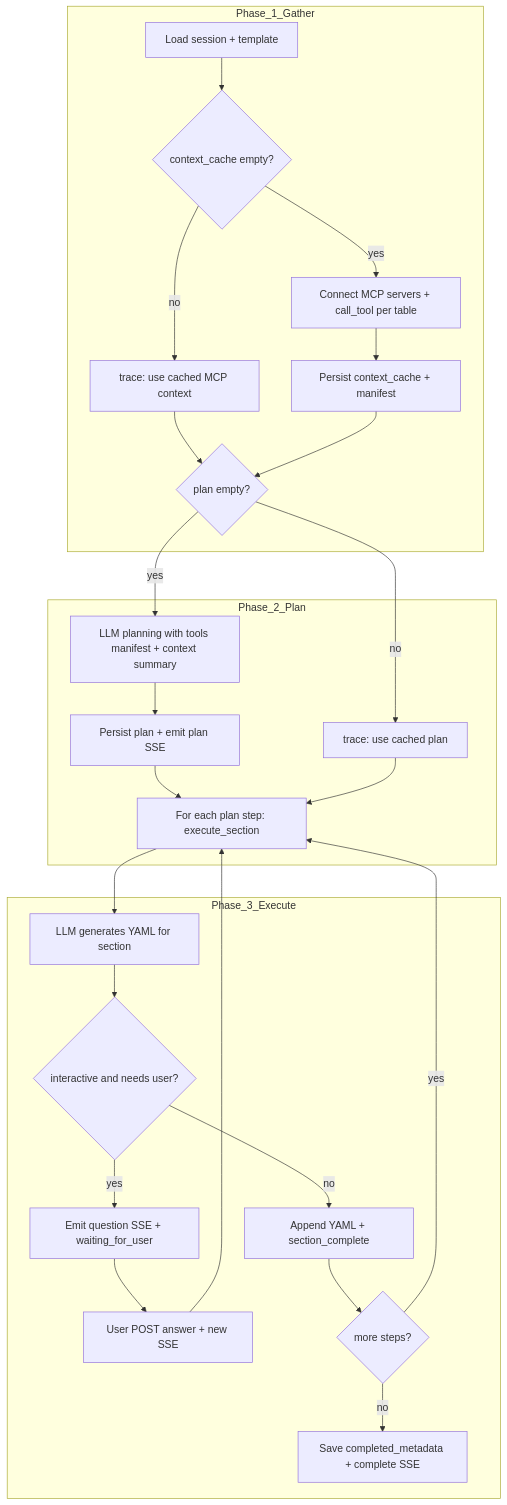
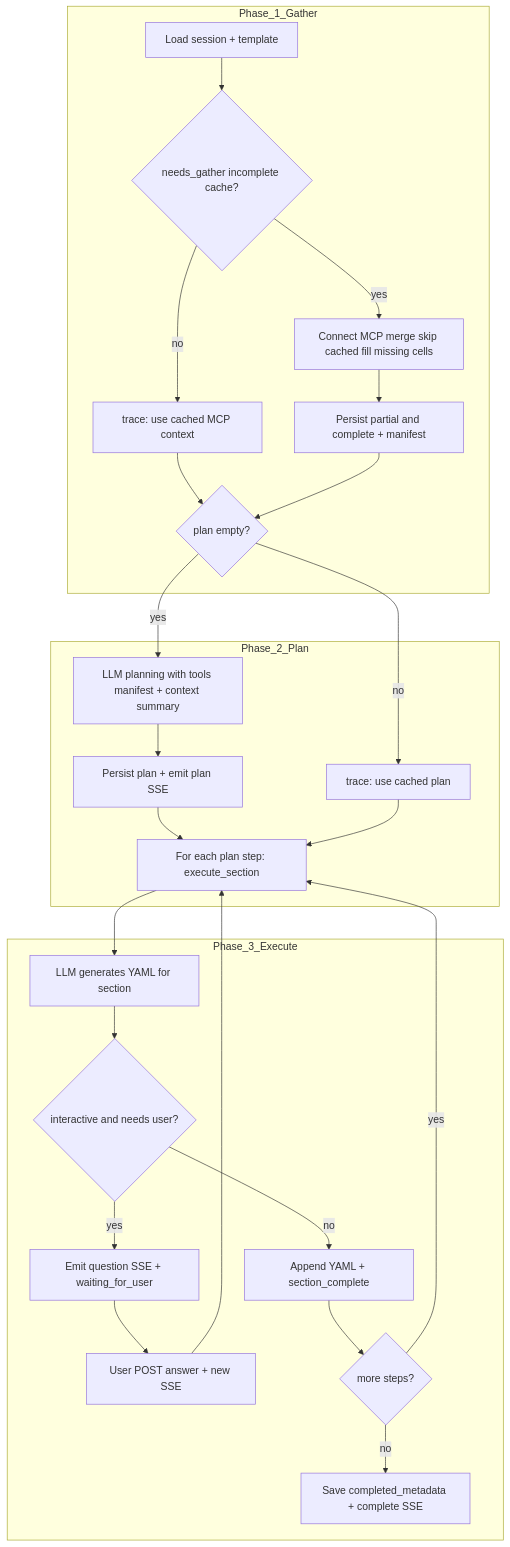
Before and after one commit to RohitDashora/genify-v2: the sixth of 7 diagrams in docs/architecture.md, drawn with Mermaid. The commit also changed other lines of this file and 9 other files, not shown here.

````diff
--- a/docs/architecture.md
+++ b/docs/architecture.md
@@ -189,38 +189,38 @@
 ```mermaid
 flowchart TB
   subgraph phase1 [Phase_1_Gather]
     G0[Load session + template]
-    G1{context_cache empty?}
-    G2[Connect MCP servers + call_tool per table]
-    G3[Persist context_cache + manifest]
+    G1{needs_gather incomplete cache?}
+    G2[Connect MCP merge skip cached fill missing cells]
+    G3[Persist partial and complete + manifest]
     G0 --> G1
     G1 -->|yes| G2
     G1 -->|no| G4[trace: use cached MCP context]
     G2 --> G3
     G4 --> P0
     G3 --> P0
   end
   subgraph phase2 [Phase_2_Plan]
     P0{plan empty?}
     P1[LLM planning with tools manifest + context summary]
     P2[Persist plan + emit plan SSE]
     P0 -->|yes| P1
     P0 -->|no| P3[trace: use cached plan]
     P1 --> P2
     P2 --> E0
     P3 --> E0
   end
   subgraph phase3 [Phase_3_Execute]
     E0[For each plan step: execute_section]
     E1[LLM generates YAML for section]
     E0 --> E1
     E1 --> E2{interactive and needs user?}
     E2 -->|yes| E3[Emit question SSE + waiting_for_user]
     E2 -->|no| E4[Append YAML + section_complete]
     E3 --> E5[User POST answer + new SSE]
     E5 --> E0
     E4 --> E6{more steps?}
     E6 -->|yes| E0
     E6 -->|no| E7[Save completed_metadata + complete SSE]
   end
 ```
````
